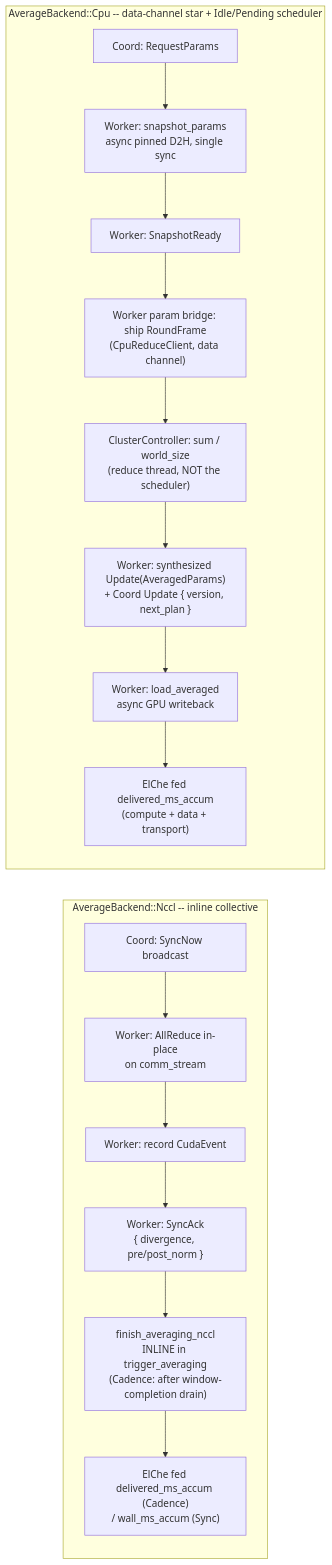
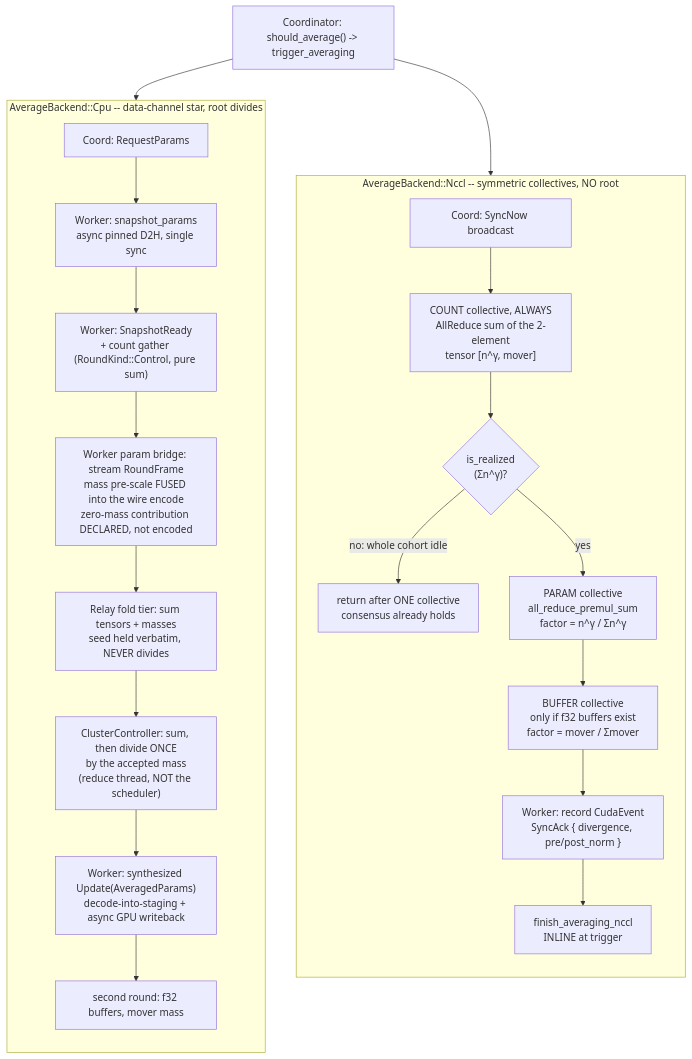
One commit to fab2s/floDl changed the fourth of 7 diagrams in docs/distributed/architecture.md. Above: the diagram before and after it, drawn with Mermaid. The commit also changed other lines of this file and 10 other files, not shown here.

Commit message:
doc: add architecture in internals

````diff
--- a/docs/distributed/architecture.md
+++ b/docs/distributed/architecture.md
@@ -247,22 +352,31 @@
 ```mermaid
-flowchart LR
-    subgraph nccl["AverageBackend::Nccl -- inline collective"]
+flowchart TB
+    S["Coordinator: should_average() -> trigger_averaging"]
+
+    subgraph nccl["AverageBackend::Nccl -- symmetric collectives, NO root"]
         direction TB
-        N1["Coord: SyncNow broadcast"] --> N2["Worker: AllReduce in-place<br/>on comm_stream"]
-        N2 --> N3["Worker: record CudaEvent"]
-        N3 --> N4["Worker: SyncAck<br/>{ divergence, pre/post_norm }"]
-        N4 --> N5["finish_averaging_nccl<br/>INLINE in trigger_averaging<br/>(Cadence: after window-completion drain)"]
-        N5 --> N6["ElChe fed delivered_ms_accum (Cadence)<br/>/ wall_ms_accum (Sync)"]
+        N1["Coord: SyncNow broadcast"] --> N2["COUNT collective, ALWAYS<br/>AllReduce sum of the 2-element<br/>tensor [n^γ, mover]"]
+        N2 --> N3{"is_realized<br/>(Σn^γ)?"}
+        N3 -->|"no: whole cohort idle"| N4["return after ONE collective<br/>consensus already holds"]
+        N3 -->|yes| N5["PARAM collective<br/>all_reduce_premul_sum<br/>factor = n^γ / Σn^γ"]
+        N5 --> N6["BUFFER collective<br/>only if f32 buffers exist<br/>factor = mover / Σmover"]
+        N6 --> N7["Worker: record CudaEvent<br/>SyncAck { divergence, pre/post_norm }"]
+        N7 --> N8["finish_averaging_nccl<br/>INLINE at trigger"]
     end
 
-    subgraph cpu["AverageBackend::Cpu -- data-channel star + Idle/Pending scheduler"]
+    subgraph cpu["AverageBackend::Cpu -- data-channel star, root divides"]
         direction TB
         P1["Coord: RequestParams"] --> P2["Worker: snapshot_params<br/>async pinned D2H, single sync"]
-        P2 --> P3["Worker: SnapshotReady"]
-        P3 --> P4["Worker param bridge: ship RoundFrame<br/>(CpuReduceClient, data channel)"]
-        P4 --> P5["ClusterController: sum / world_size<br/>(reduce thread, NOT the scheduler)"]
-        P5 --> P6["Worker: synthesized Update(AveragedParams)<br/>+ Coord Update { version, next_plan }"]
-        P6 --> P7["Worker: load_averaged<br/>async GPU writeback"]
-        P7 --> P8["ElChe fed delivered_ms_accum<br/>(compute + data + transport)"]
+        P2 --> P3["Worker: SnapshotReady<br/>+ count gather (RoundKind::Control, pure sum)"]
+        P3 --> P4["Worker param bridge: stream RoundFrame<br/>mass pre-scale FUSED into the wire encode<br/>zero-mass contribution DECLARED, not encoded"]
+        P4 --> P5["Relay fold tier: sum tensors + masses<br/>seed held verbatim, NEVER divides"]
+        P5 --> P6["ClusterController: sum, then divide ONCE<br/>by the accepted mass<br/>(reduce thread, NOT the scheduler)"]
+        P6 --> P7["Worker: synthesized Update(AveragedParams)<br/>decode-into-staging + async GPU writeback"]
+        P7 --> P8["second round: f32 buffers, mover mass"]
     end
+
+    %% Both branches hang off one root, so they start on the same rank and the
+    %% two backends read as parallel alternatives rather than a sequence.
+    S --> N1
+    S --> P1
 ```
````
